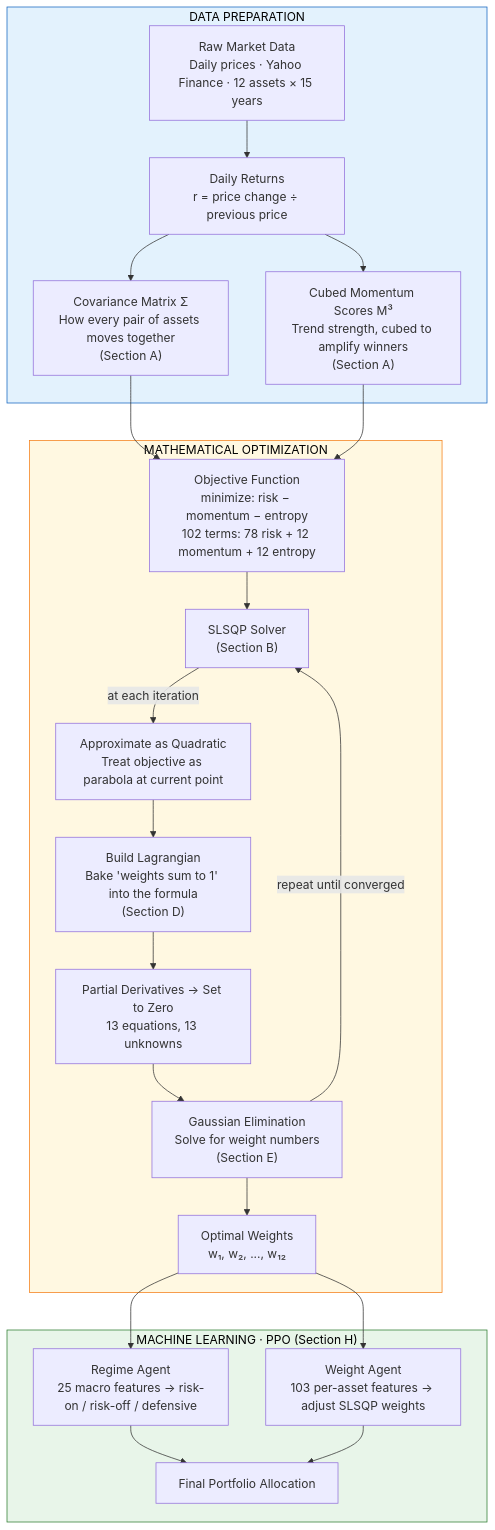
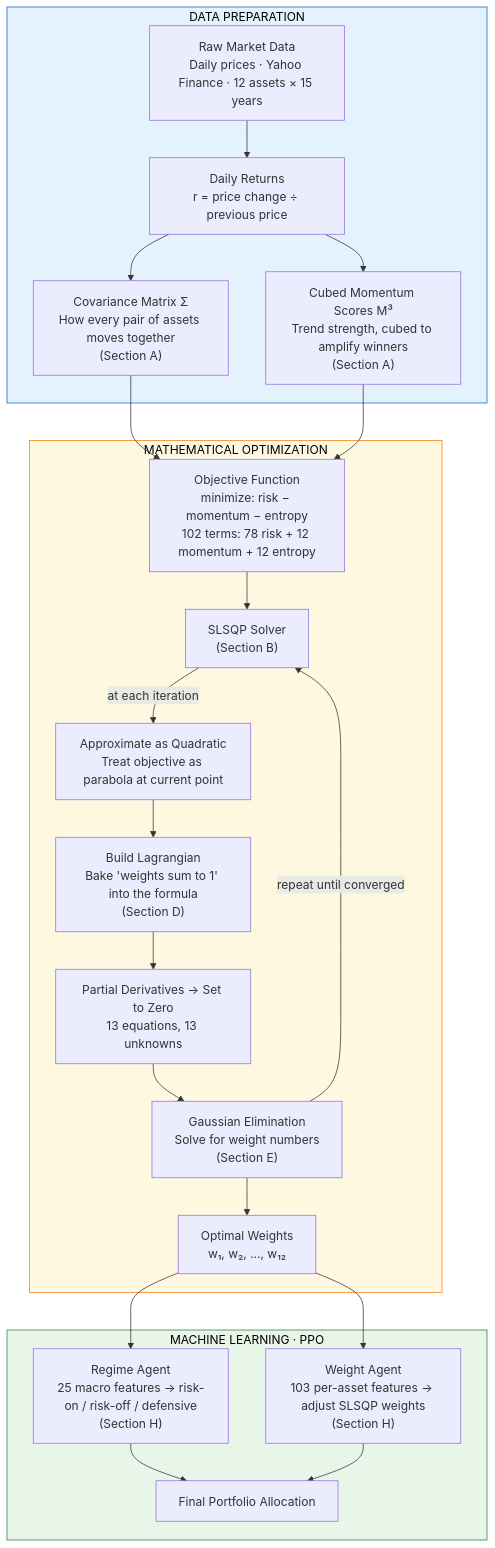
The diagram in README.md (Guannings/alpha_dual_engine), drawn with Mermaid before and after one commit.

Commit message:
Move Section H reference out of subgraph title to fix text overlap

````diff
--- a/README.md
+++ b/README.md
@@ -1064,46 +1064,46 @@
 ```mermaid
 graph TD
     subgraph DATA ["DATA PREPARATION"]
         A["Raw Market Data<br/>Daily prices · Yahoo Finance · 12 assets × 15 years"]
         B["Daily Returns<br/>r = price change ÷ previous price"]
         C["Covariance Matrix Σ<br/>How every pair of assets moves together<br/>(Section A)"]
         D["Cubed Momentum Scores M³<br/>Trend strength, cubed to amplify winners<br/>(Section A)"]
     end
 
     subgraph MATH ["MATHEMATICAL OPTIMIZATION"]
         E["Objective Function<br/>minimize: risk − momentum − entropy<br/>102 terms: 78 risk + 12 momentum + 12 entropy"]
         F["SLSQP Solver<br/>(Section B)"]
         G["Approximate as Quadratic<br/>Treat objective as parabola at current point"]
         H["Build Lagrangian<br/>Bake 'weights sum to 1' into the formula<br/>(Section D)"]
         I["Partial Derivatives → Set to Zero<br/>13 equations, 13 unknowns"]
         J["Gaussian Elimination<br/>Solve for weight numbers<br/>(Section E)"]
         K["Optimal Weights<br/>w₁, w₂, ..., w₁₂"]
     end
 
-    subgraph ML ["MACHINE LEARNING · PPO (Section H)"]
-        L["Regime Agent<br/>25 macro features → risk-on / risk-off / defensive"]
-        M["Weight Agent<br/>103 per-asset features → adjust SLSQP weights"]
+    subgraph ML ["MACHINE LEARNING · PPO"]
+        L["Regime Agent<br/>25 macro features → risk-on / risk-off / defensive<br/>(Section H)"]
+        M["Weight Agent<br/>103 per-asset features → adjust SLSQP weights<br/>(Section H)"]
         N["Final Portfolio Allocation"]
     end
 
     A --> B
     B --> C
     B --> D
     C --> E
     D --> E
     E --> F
     F -->|"at each iteration"| G
     G --> H
     H --> I
     I --> J
     J -->|"repeat until converged"| F
     J --> K
     K --> L
     K --> M
     L --> N
     M --> N
 
     style DATA fill:#e3f2fd,stroke:#1565c0,color:#000
     style MATH fill:#fff8e1,stroke:#f57f17,color:#000
     style ML fill:#e8f5e9,stroke:#2e7d32,color:#000
 ```
````
